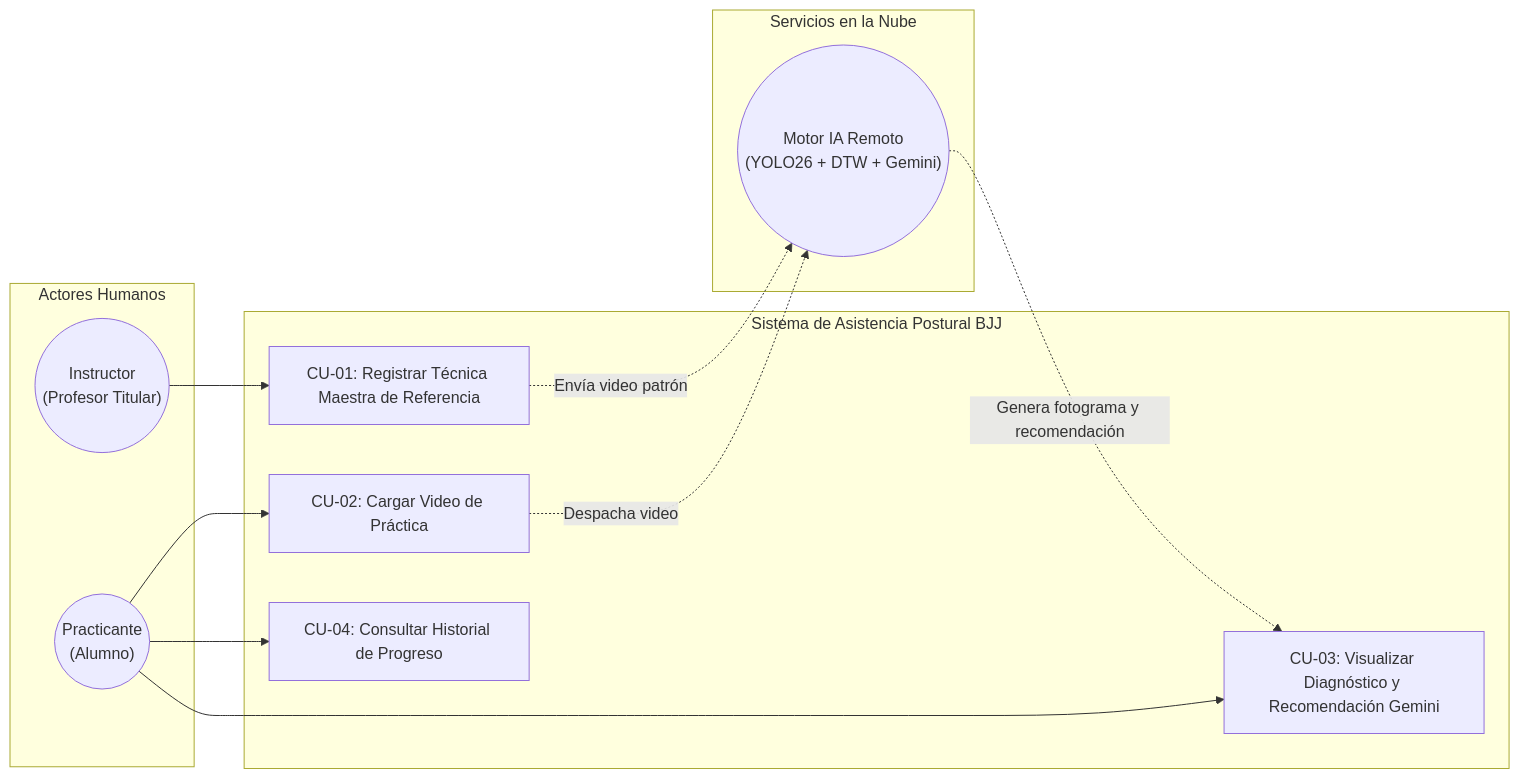
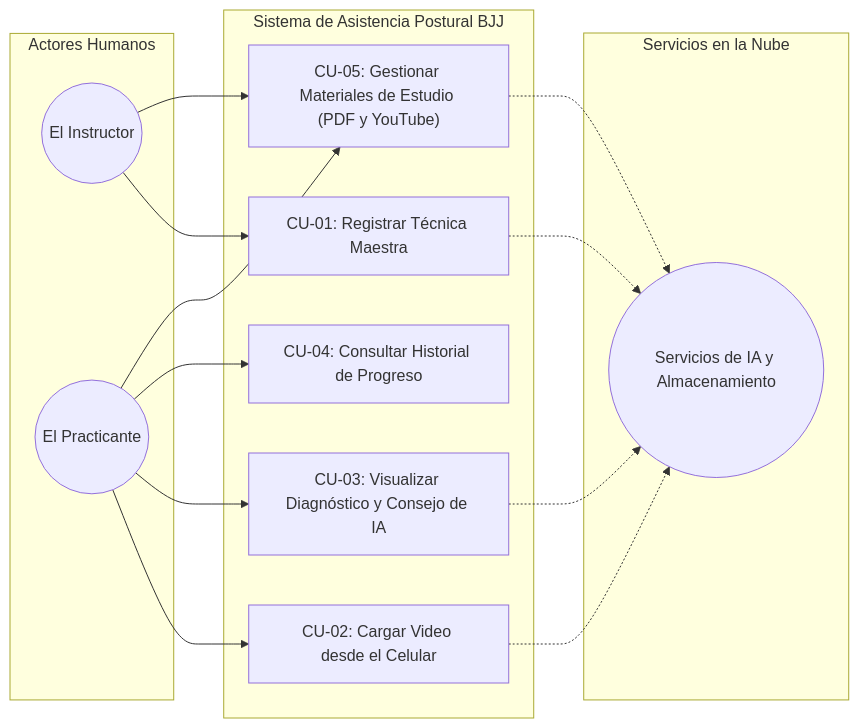
The fifth of 6 diagrams in README.md (Tsmrain/JiuJitsu), drawn with Mermaid before and after one commit. The commit also changed other lines of this file, not shown here.

````diff
--- a/README.md
+++ b/README.md
@@ -453,28 +457,31 @@
 ```mermaid
 graph LR
     subgraph Actores_Humanos["Actores Humanos"]
-        Instructor(("Instructor<br>(Profesor Titular)"))
-        Practicante(("Practicante<br>(Alumno)"))
+        Instructor(("El Instructor"))
+        Practicante(("El Practicante"))
     end
 
     subgraph Sistema["Sistema de Asistencia Postural BJJ"]
-        CU01["CU-01: Registrar Técnica Maestra de Referencia"]
-        CU02["CU-02: Cargar Video de Práctica"]
-        CU03["CU-03: Visualizar Diagnóstico y Recomendación Gemini"]
+        CU01["CU-01: Registrar Técnica Maestra"]
+        CU02["CU-02: Cargar Video desde el Celular"]
+        CU03["CU-03: Visualizar Diagnóstico y Consejo de IA"]
         CU04["CU-04: Consultar Historial de Progreso"]
+        CU05["CU-05: Gestionar Materiales de Estudio (PDF y YouTube)"]
     end
 
-    subgraph Motor_IA["Servicios en la Nube"]
-        IA(("Motor IA Remoto<br>(YOLO26 + DTW + Gemini)"))
+    subgraph Nube["Servicios en la Nube"]
+        IA(("Servicios de IA y Almacenamiento"))
     end
 
     Instructor --> CU01
-    CU01 -.->|Envía video patrón| IA
-
+    Instructor --> CU05
     Practicante --> CU02
-    CU02 -.->|Despacha video| IA
-
-    IA -.->|Genera fotograma y recomendación| CU03
     Practicante --> CU03
     Practicante --> CU04
+    Practicante --> CU05
+
+    CU01 -.-> IA
+    CU02 -.-> IA
+    CU03 -.-> IA
+    CU05 -.-> IA
 ```
````
